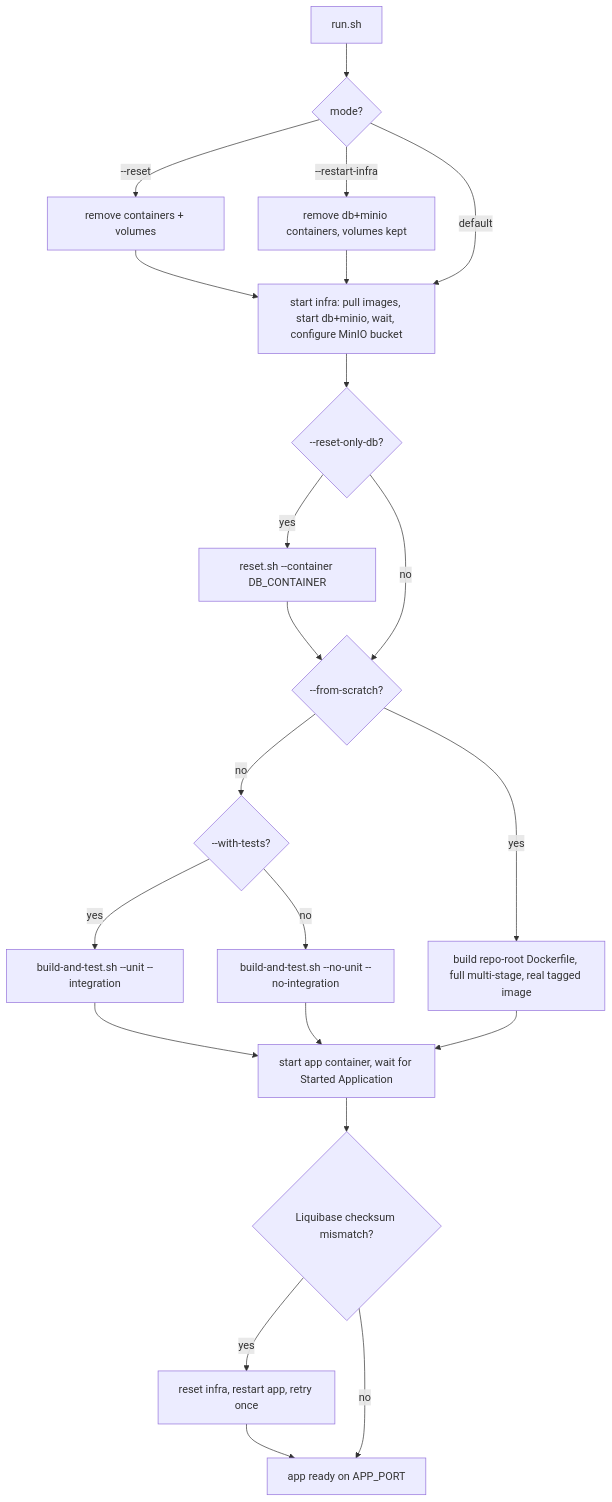
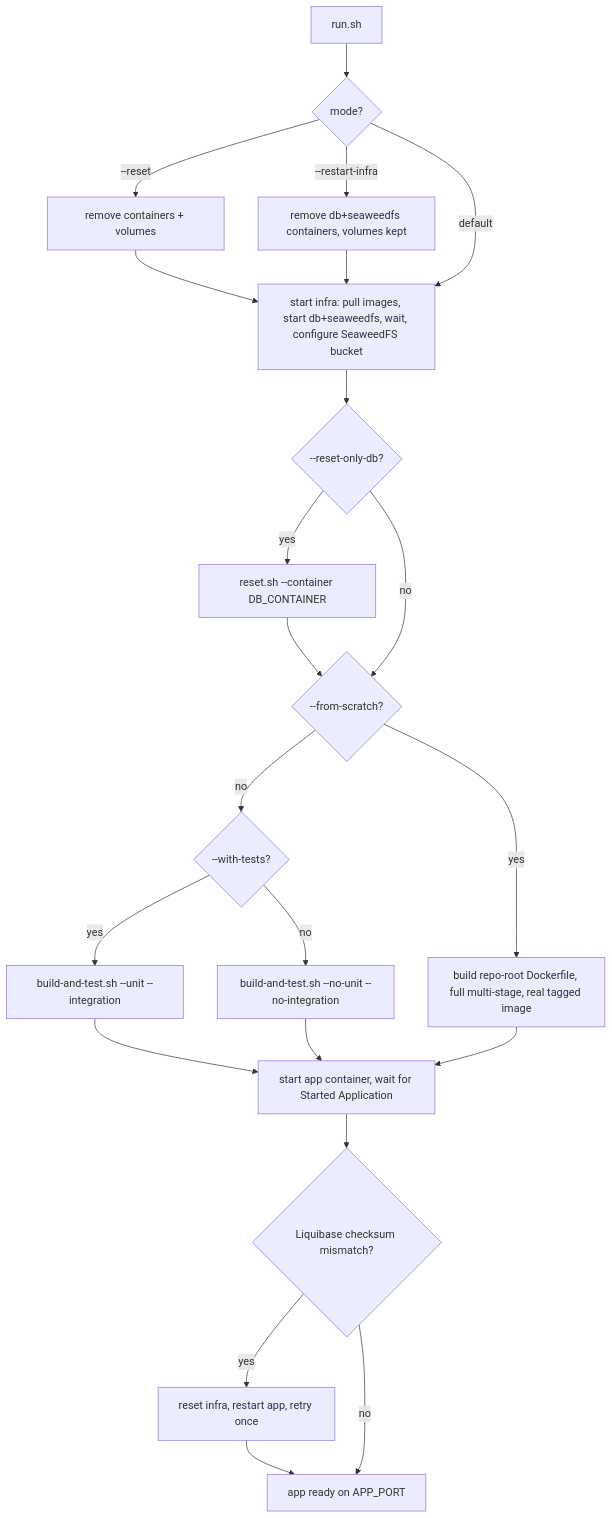
One commit to OstMutant/Advertisement changed the first of 2 diagrams in scripts/deploy-and-run/README.md. Above: the diagram before and after it, drawn with Mermaid. The commit also changed other lines of this file and 20 other files, not shown here.

First line of the commit message:
feat(improvement-204): MinIO → SeaweedFS local dev/CI storage backend swap

````diff
--- a/scripts/deploy-and-run/README.md
+++ b/scripts/deploy-and-run/README.md
@@ -19,18 +19,18 @@
 ```mermaid
 flowchart TD
     A[run.sh] --> B{mode?}
     B -->|--reset| B1[remove containers + volumes] --> C
-    B -->|--restart-infra| B2[remove db+minio containers, volumes kept] --> C
-    B -->|default| C[start infra: pull images, start db+minio, wait, configure MinIO bucket]
+    B -->|--restart-infra| B2[remove db+seaweedfs containers, volumes kept] --> C
+    B -->|default| C[start infra: pull images, start db+seaweedfs, wait, configure SeaweedFS bucket]
     C --> D{--reset-only-db?}
     D -->|yes| D1[reset.sh --container DB_CONTAINER] --> E
     D -->|no| E{--from-scratch?}
     E -->|no| E2{--with-tests?}
     E2 -->|yes| E1a[build-and-test.sh --unit --integration] --> G
     E2 -->|no| E1b[build-and-test.sh --no-unit --no-integration] --> G
     E -->|yes| F2[build repo-root Dockerfile, full multi-stage, real tagged image] --> G
     G[start app container, wait for Started Application]
     G --> H{Liquibase checksum mismatch?}
     H -->|yes| H1[reset infra, restart app, retry once] --> I[app ready on APP_PORT]
     H -->|no| I
 ```
````
